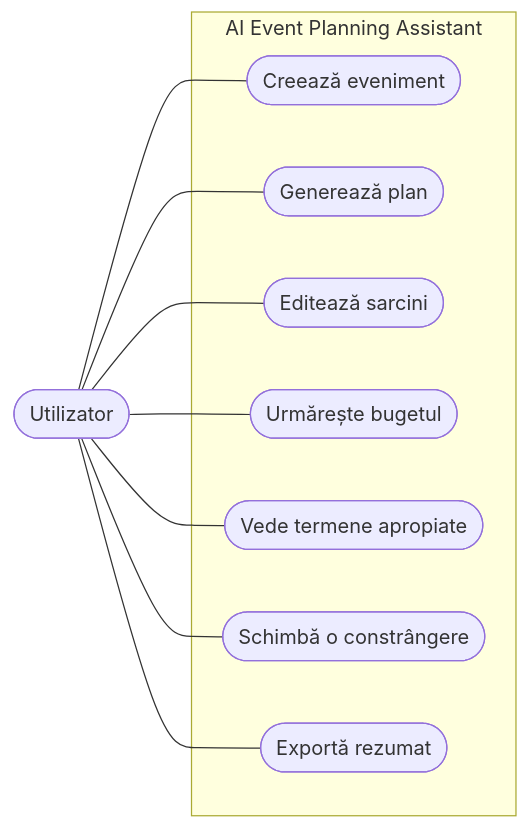
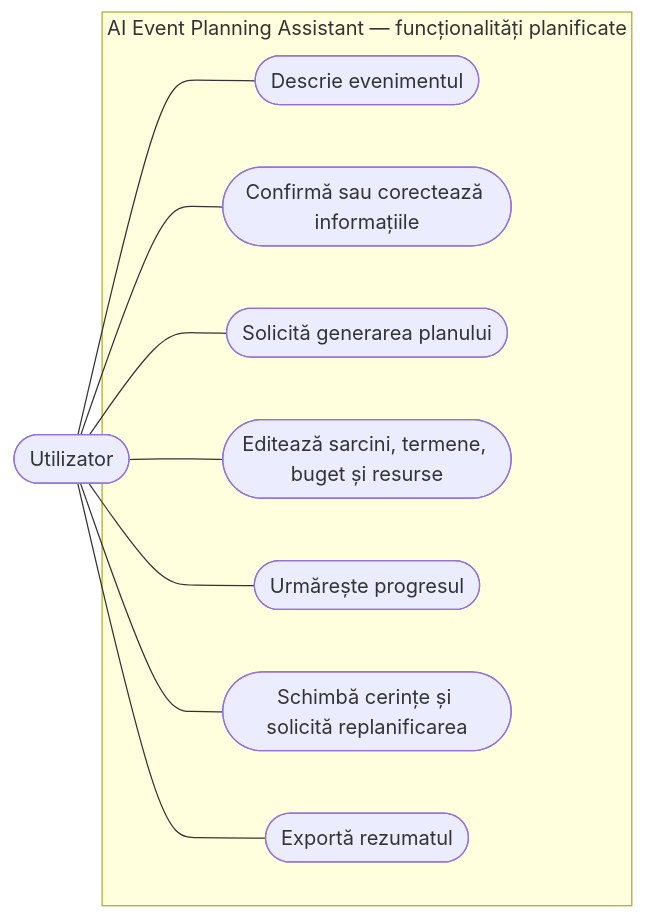
Before and after one commit to tiaaa2805/Licenta---AI-Event-Planning-assistant: the first of 2 diagrams in README.md, drawn with Mermaid. The commit also changed other lines of this file and 3 other files, not shown here.

Commit message:
Actualizeaza ReadMe si diagramele

````diff
--- a/README.md
+++ b/README.md
@@ -117,20 +122,20 @@
 ```mermaid
 flowchart LR
     U(["Utilizator"])
-    subgraph App["AI Event Planning Assistant"]
-        UC1(["Creează eveniment"])
-        UC2(["Generează plan"])
-        UC3(["Editează sarcini"])
-        UC4(["Urmărește bugetul"])
-        UC5(["Vede termene apropiate"])
-        UC6(["Schimbă o constrângere"])
-        UC7(["Exportă rezumat"])
+    subgraph App["AI Event Planning Assistant — funcționalități planificate"]
+        UC1(["Descrie evenimentul"])
+        UC2(["Confirmă sau corectează informațiile"])
+        UC3(["Solicită generarea planului"])
+        UC4(["Editează sarcini, termene, buget și resurse"])
+        UC5(["Urmărește progresul"])
+        UC6(["Schimbă cerințe și solicită replanificarea"])
+        UC7(["Exportă rezumatul"])
     end
     U --- UC1
     U --- UC2
     U --- UC3
     U --- UC4
     U --- UC5
     U --- UC6
     U --- UC7
 ```
````
